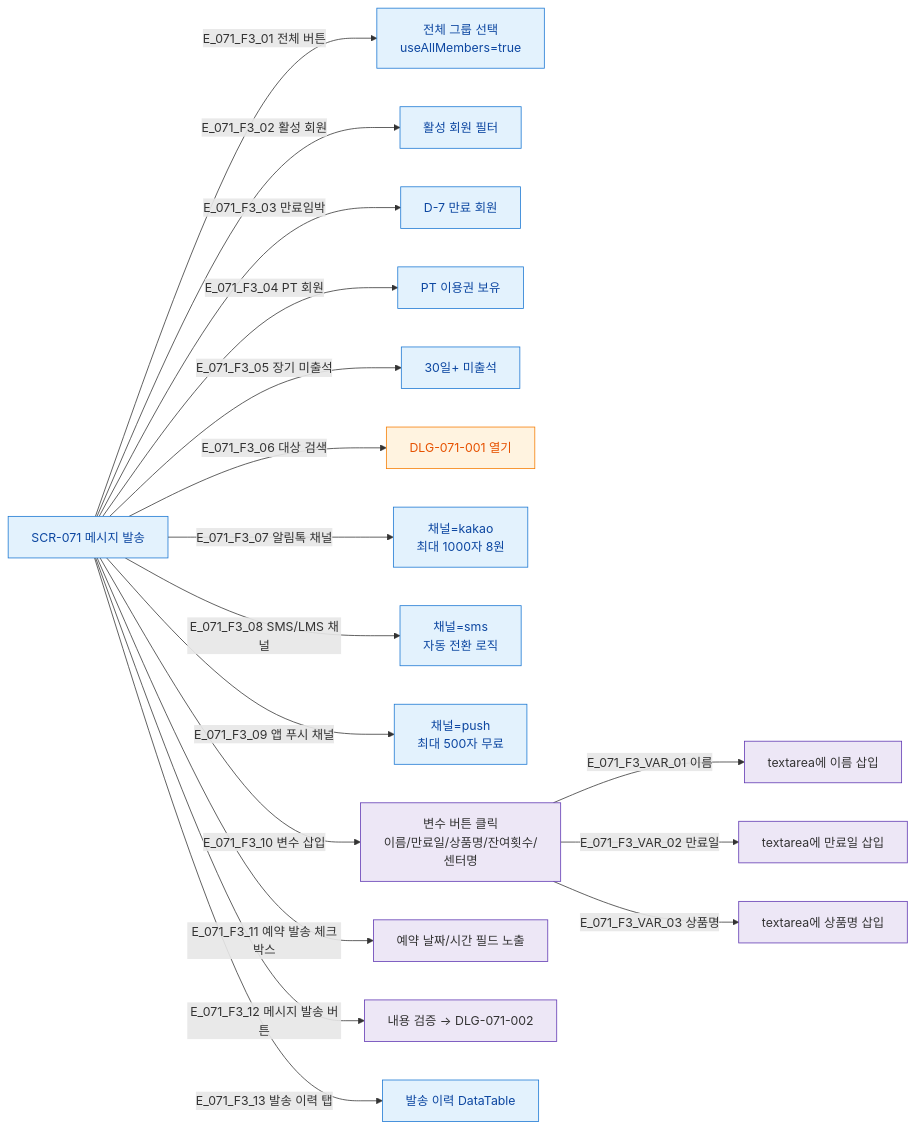
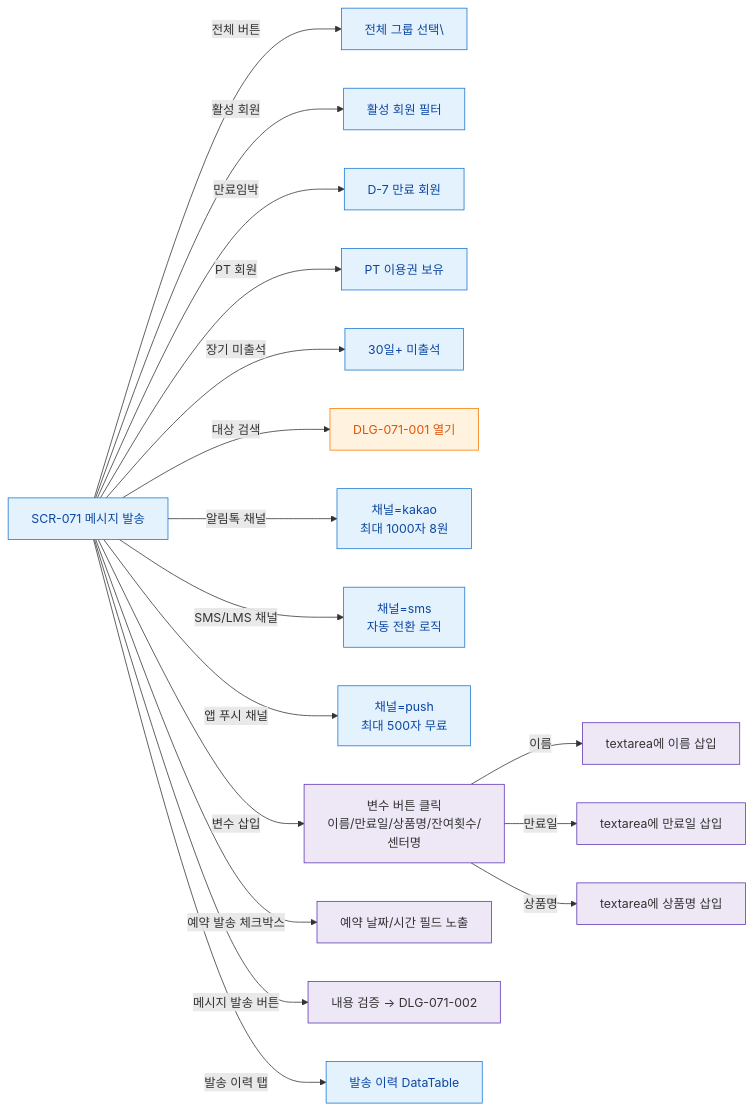
Before and after one commit to dev-spogym/admin-pando: the diagram in docs/다이어그램/D08_마케팅/SCR-071_메시지발송/F3_버튼액션.md, drawn with Mermaid. The commit also changed other lines of this file and 1660 other files, not shown here.

First line of the commit message:
다이어그램: 기획자/클라이언트 납품본으로 정리

````diff
--- a/docs/다이어그램/D08_마케팅/SCR-071_메시지발송/F3_버튼액션.md
+++ b/docs/다이어그램/D08_마케팅/SCR-071_메시지발송/F3_버튼액션.md
@@ -22,30 +20,30 @@
 ```mermaid
 flowchart LR
   SCR_071[SCR-071 메시지 발송]
 
-  SCR_071 -->|E_071_F3_01 전체 버튼| BTN_ALL[전체 그룹 선택\nuseAllMembers=true]
-  SCR_071 -->|E_071_F3_02 활성 회원| BTN_ACTIVE[활성 회원 필터]
-  SCR_071 -->|E_071_F3_03 만료임박| BTN_EXPIRE[D-7 만료 회원]
-  SCR_071 -->|E_071_F3_04 PT 회원| BTN_PT[PT 이용권 보유]
-  SCR_071 -->|E_071_F3_05 장기 미출석| BTN_ABSENT[30일+ 미출석]
-  SCR_071 -->|E_071_F3_06 대상 검색| BTN_SEARCH[DLG-071-001 열기]
-  SCR_071 -->|E_071_F3_07 알림톡 채널| BTN_KAKAO[채널=kakao\n최대 1000자 8원]
-  SCR_071 -->|E_071_F3_08 SMS/LMS 채널| BTN_SMS[채널=sms\n자동 전환 로직]
-  SCR_071 -->|E_071_F3_09 앱 푸시 채널| BTN_PUSH[채널=push\n최대 500자 무료]
-  SCR_071 -->|E_071_F3_10 변수 삽입| BTN_VAR[변수 버튼 클릭\n이름/만료일/상품명/잔여횟수/센터명]
-  SCR_071 -->|E_071_F3_11 예약 발송 체크박스| BTN_SCHED[예약 날짜/시간 필드 노출]
-  SCR_071 -->|E_071_F3_12 메시지 발송 버튼| BTN_SEND[내용 검증 → DLG-071-002]
-  SCR_071 -->|E_071_F3_13 발송 이력 탭| BTN_HIST[발송 이력 DataTable]
+  SCR_071 -->|전체 버튼|BTN_ALL[전체 그룹 선택\]
+  SCR_071 -->|활성 회원|BTN_ACTIVE[활성 회원 필터]
+  SCR_071 -->|만료임박|BTN_EXPIRE[D-7 만료 회원]
+  SCR_071 -->|PT 회원|BTN_PT[PT 이용권 보유]
+  SCR_071 -->|장기 미출석|BTN_ABSENT[30일+ 미출석]
+  SCR_071 -->|대상 검색|BTN_SEARCH[DLG-071-001 열기]
+  SCR_071 -->|알림톡 채널|BTN_KAKAO[채널=kakao\n최대 1000자 8원]
+  SCR_071 -->|SMS/LMS 채널|BTN_SMS[채널=sms\n자동 전환 로직]
+  SCR_071 -->|앱 푸시 채널|BTN_PUSH[채널=push\n최대 500자 무료]
+  SCR_071 -->|변수 삽입|BTN_VAR[변수 버튼 클릭\n이름/만료일/상품명/잔여횟수/센터명]
+  SCR_071 -->|예약 발송 체크박스|BTN_SCHED[예약 날짜/시간 필드 노출]
+  SCR_071 -->|메시지 발송 버튼|BTN_SEND[내용 검증 → DLG-071-002]
+  SCR_071 -->|발송 이력 탭|BTN_HIST[발송 이력 DataTable]
 
-  BTN_VAR -->|E_071_F3_VAR_01 이름| VAR_NAME[textarea에 이름 삽입]
-  BTN_VAR -->|E_071_F3_VAR_02 만료일| VAR_EXP[textarea에 만료일 삽입]
-  BTN_VAR -->|E_071_F3_VAR_03 상품명| VAR_PROD[textarea에 상품명 삽입]
+  BTN_VAR -->|이름|VAR_NAME[textarea에 이름 삽입]
+  BTN_VAR -->|만료일|VAR_EXP[textarea에 만료일 삽입]
+  BTN_VAR -->|상품명|VAR_PROD[textarea에 상품명 삽입]
 
-  classDef screen      fill:#E3F2FD,stroke:#1976D2,color:#0D47A1
-  classDef modal       fill:#FFF3E0,stroke:#F57C00,color:#E65100
-  classDef system      fill:#EDE7F6,stroke:#5E35B2
+  classDef screen fill:#E3F2FD,stroke:#1976D2,color:#0D47A1
+  classDef modal fill:#FFF3E0,stroke:#F57C00,color:#E65100
+  classDef system fill:#EDE7F6,stroke:#5E35B2
 
   class SCR_071,BTN_ALL,BTN_ACTIVE,BTN_EXPIRE,BTN_PT,BTN_ABSENT,BTN_KAKAO,BTN_SMS,BTN_PUSH,BTN_HIST screen
   class BTN_SEARCH modal
   class BTN_VAR,BTN_SCHED,BTN_SEND,VAR_NAME,VAR_EXP,VAR_PROD system
 ```
````
